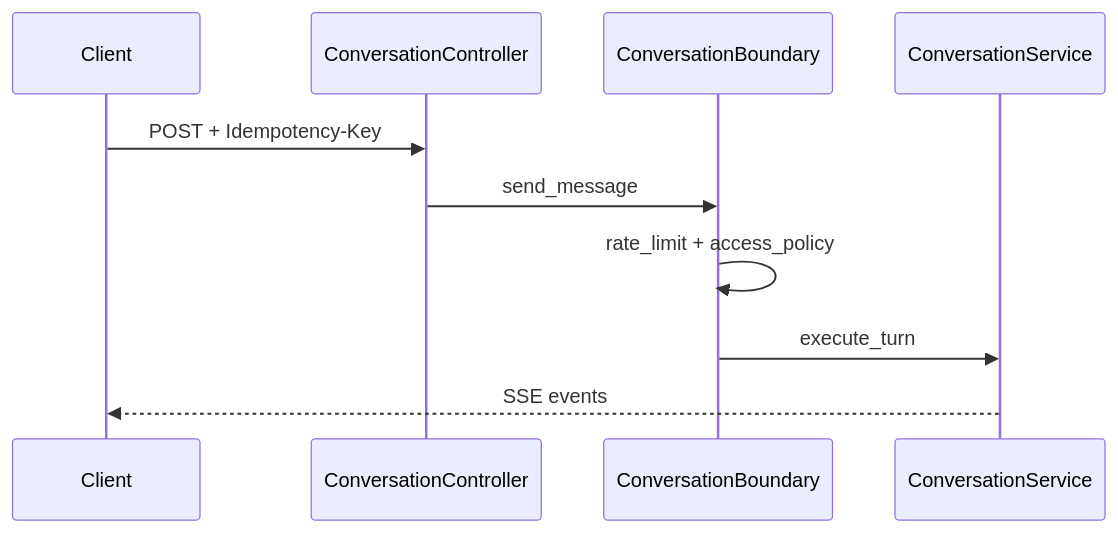
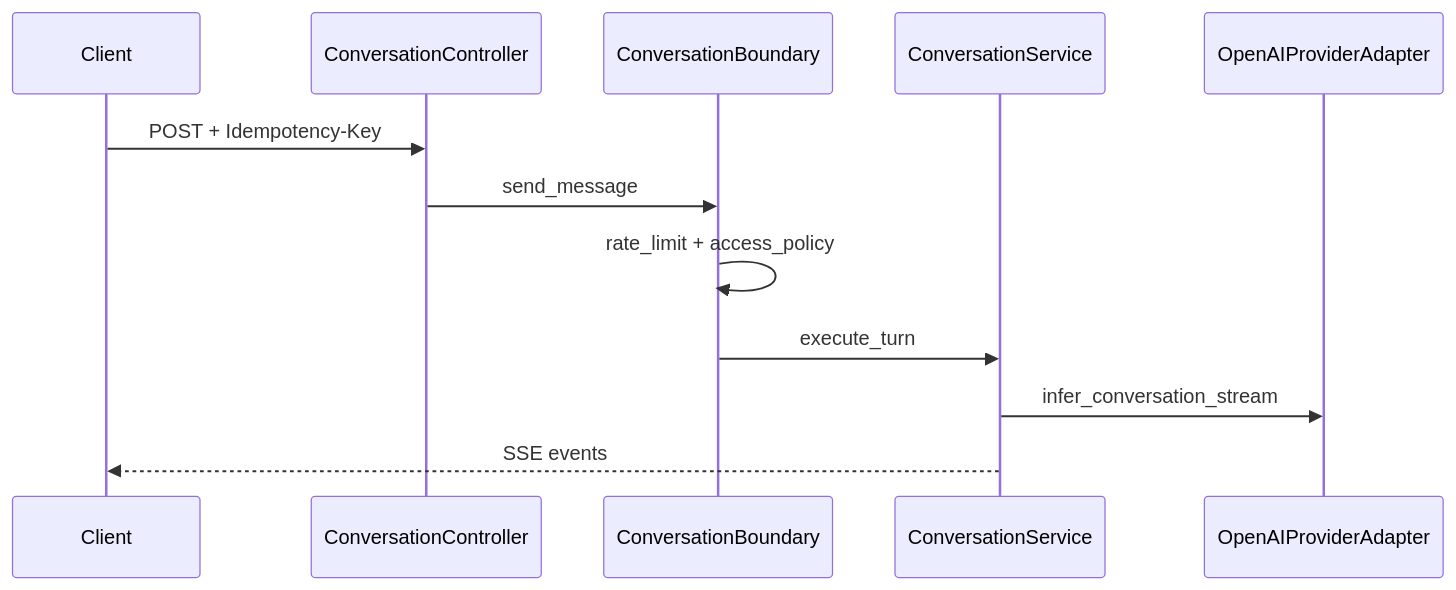
One commit to marcosvs98/agent-orchestration-core changed the diagram in docs/Conversation/sse-and-runtime.md. Above: the diagram before and after it, drawn with Mermaid. The commit also changed other lines of this file and 35 other files, not shown here.

````diff
--- a/docs/Conversation/sse-and-runtime.md
+++ b/docs/Conversation/sse-and-runtime.md
@@ -32,12 +49,14 @@
 ```mermaid
 sequenceDiagram
   participant Client
   participant CC as ConversationController
   participant CB as ConversationBoundary
   participant CS as ConversationService
+  participant OAI as OpenAIProviderAdapter
   Client->>CC: POST + Idempotency-Key
   CC->>CB: send_message
   CB->>CB: rate_limit + access_policy
   CB->>CS: execute_turn
+  CS->>OAI: infer_conversation_stream
   CS-->>Client: SSE events
 ```
````
